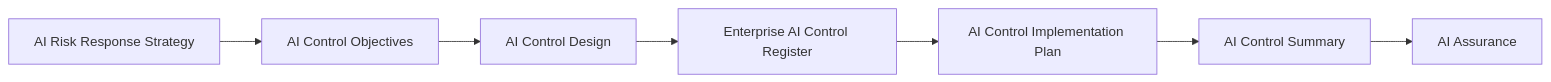
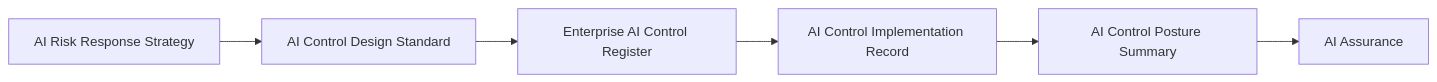
Before and after one commit to Governor-AK/enterprise-ai-governance-playbook: the diagram in 05-AI-Controls/README.md, drawn with Mermaid. The commit also changed other lines of this file, not shown here.

Commit message:
refactor(ai-controls): align README with revised control lifecycle architecture

````diff
--- a/05-AI-Controls/README.md
+++ b/05-AI-Controls/README.md
@@ -83,11 +82,10 @@
 ```mermaid
 flowchart LR
 
 A[AI Risk Response Strategy]
---> B[AI Control Objectives]
---> C[AI Control Design]
---> D[Enterprise AI Control Register]
---> E[AI Control Implementation Plan]
---> F[AI Control Summary]
---> G[AI Assurance]
+--> B[AI Control Design Standard]
+--> C[Enterprise AI Control Register]
+--> D[AI Control Implementation Record]
+--> E[AI Control Posture Summary]
+--> F[AI Assurance]
 ```
````
